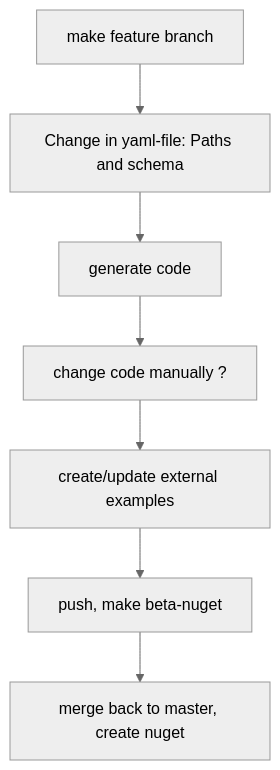
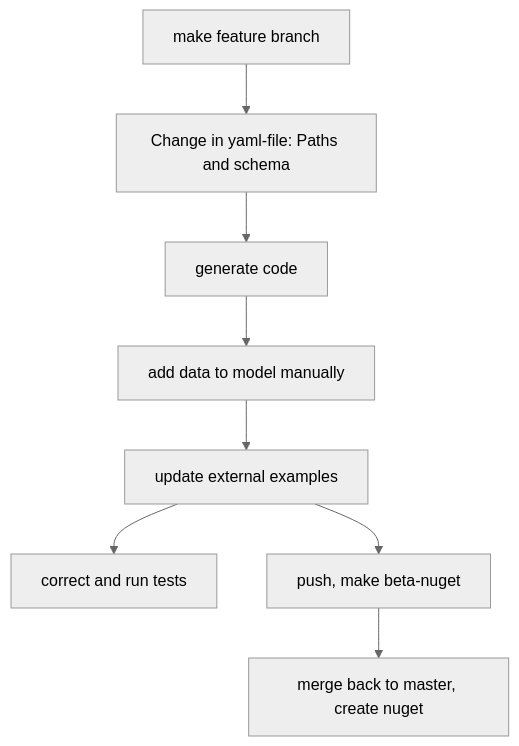
One commit to PxTools/PxApiSpecs changed the diagram in generator/Readme.md. Above: the diagram before and after it, drawn with Mermaid (neutral theme).

````diff
--- a/generator/Readme.md
+++ b/generator/Readme.md
@@ -4,9 +4,10 @@
 ```mermaid      
   graph TD;
       A0[make feature branch]-->A
       A[Change in yaml-file: Paths and schema]-->B[generate code];
-      B-->C[change code manually ?];
-      C-->D[create/update external examples];
+      B-->C[add data to model manually];
+      C-->D[update external examples];
+      D-->D1[correct and run tests];
       D-->E[push, make beta-nuget];
       E-->F[ merge back to master, create nuget];
 ```
````
